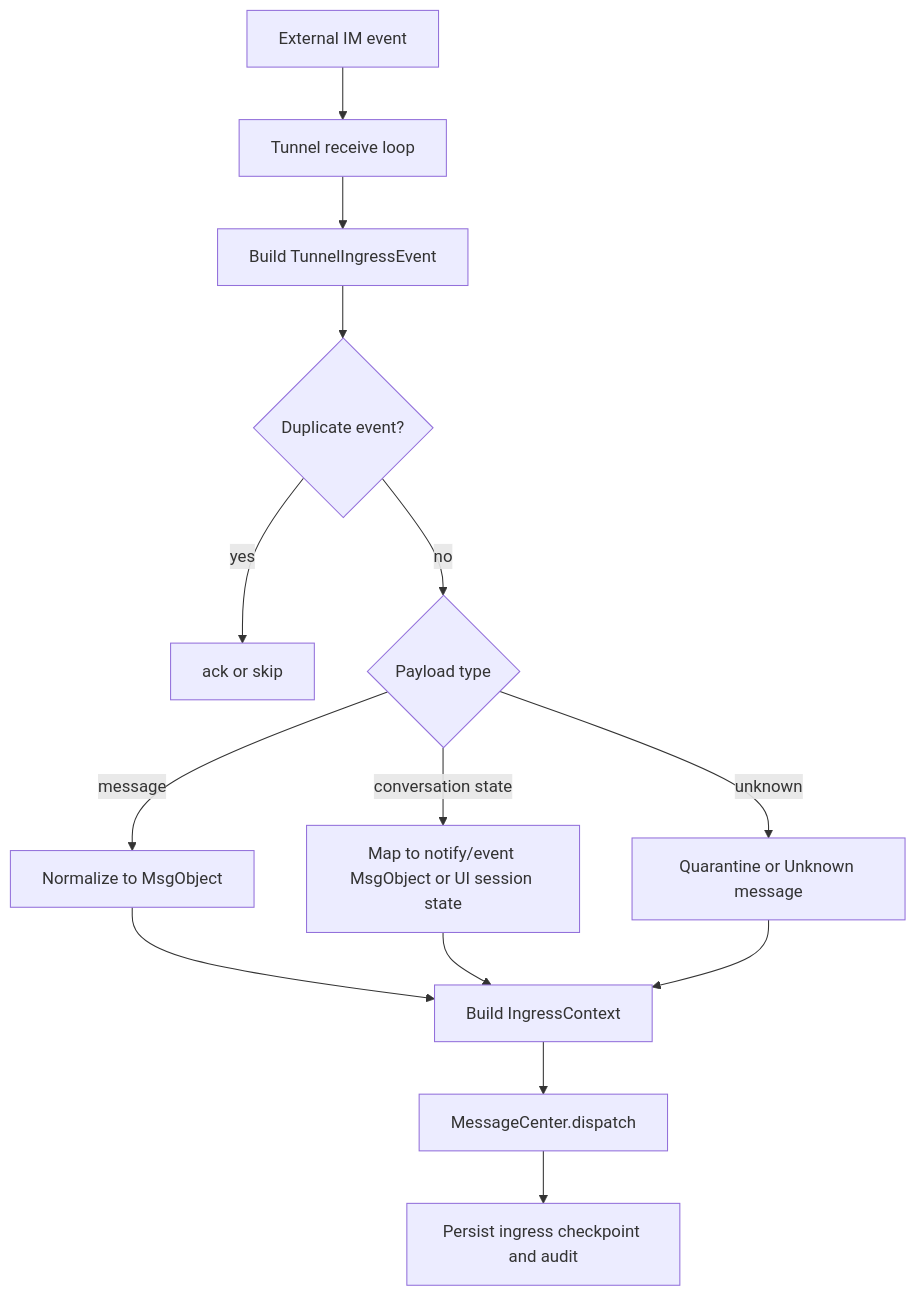
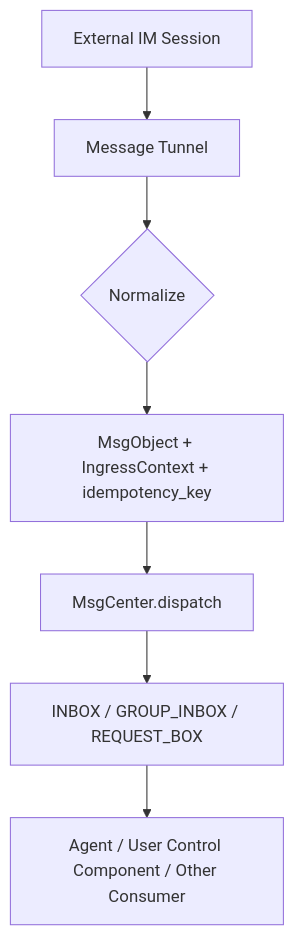
Before and after one commit to wugren/buckyos: the first of 2 diagrams in doc/message_hub/Message Tunnel Minimal Spec.md, drawn with Mermaid. The commit also changed other lines of this file and 1 other file, not shown here.

Commit message:
docs: define complete message tunnel design

````diff
--- a/doc/message_hub/Message Tunnel Minimal Spec.md
+++ b/doc/message_hub/Message Tunnel Minimal Spec.md
@@ -179,16 +132,9 @@
 ```mermaid
 flowchart TD
-    A[External IM event] --> B[Tunnel receive loop]
-    B --> C[Build TunnelIngressEvent]
-    C --> D{Duplicate event?}
-    D -- yes --> Z[ack or skip]
-    D -- no --> E{Payload type}
-    E -- message --> F[Normalize to MsgObject]
-    E -- conversation state --> G[Map to notify/event MsgObject or UI session state]
-    E -- unknown --> H[Quarantine or Unknown message]
-    F --> I[Build IngressContext]
-    G --> I
-    H --> I
-    I --> J[MessageCenter.dispatch]
-    J --> K[Persist ingress checkpoint and audit]
+    IM[External IM Session] --> T[Message Tunnel]
+    T --> C{Normalize}
+    C --> M[MsgObject + IngressContext + idempotency_key]
+    M --> D[MsgCenter.dispatch]
+    D --> B[INBOX / GROUP_INBOX / REQUEST_BOX]
+    B --> A[Agent / User Control Component / Other Consumer]
 ```
````
